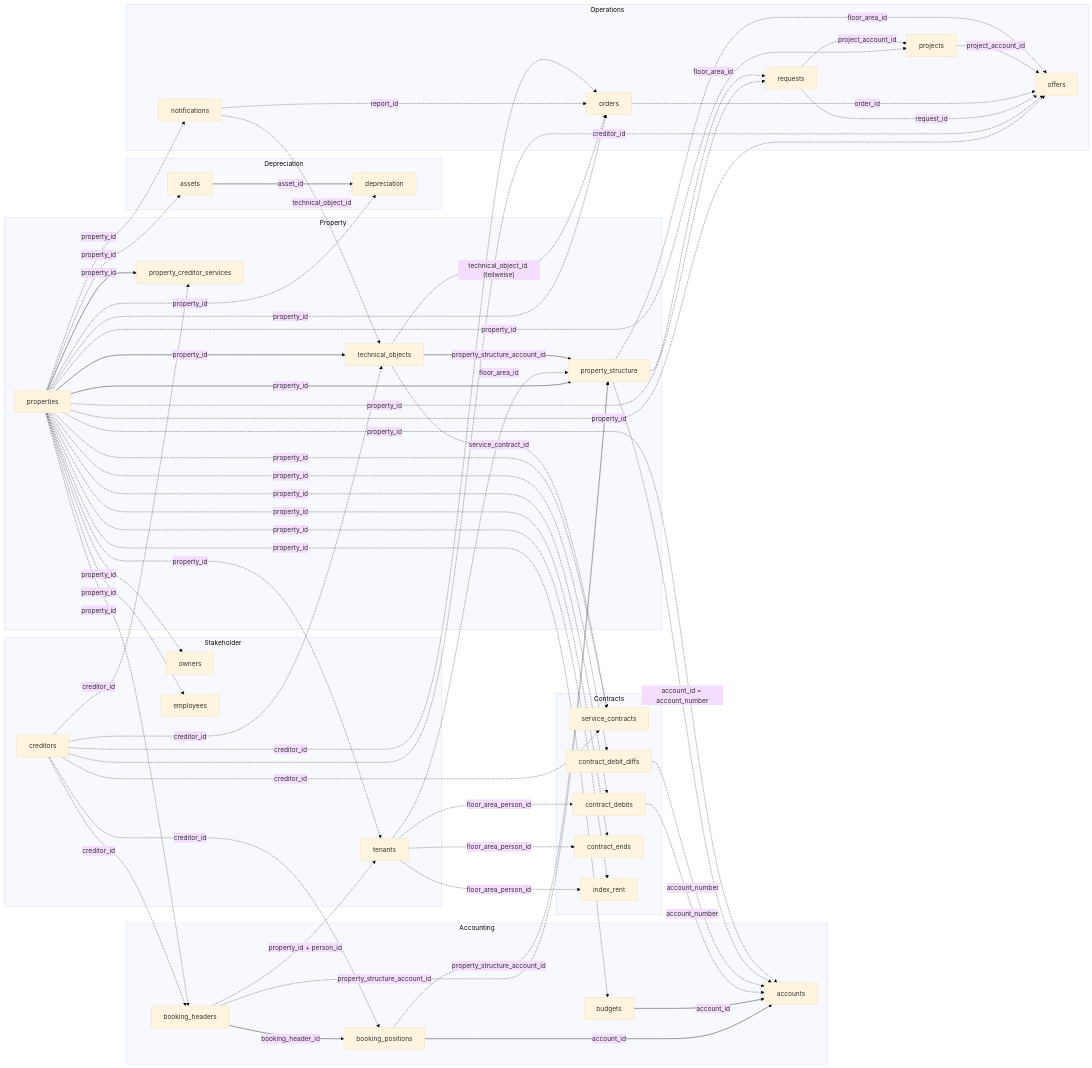
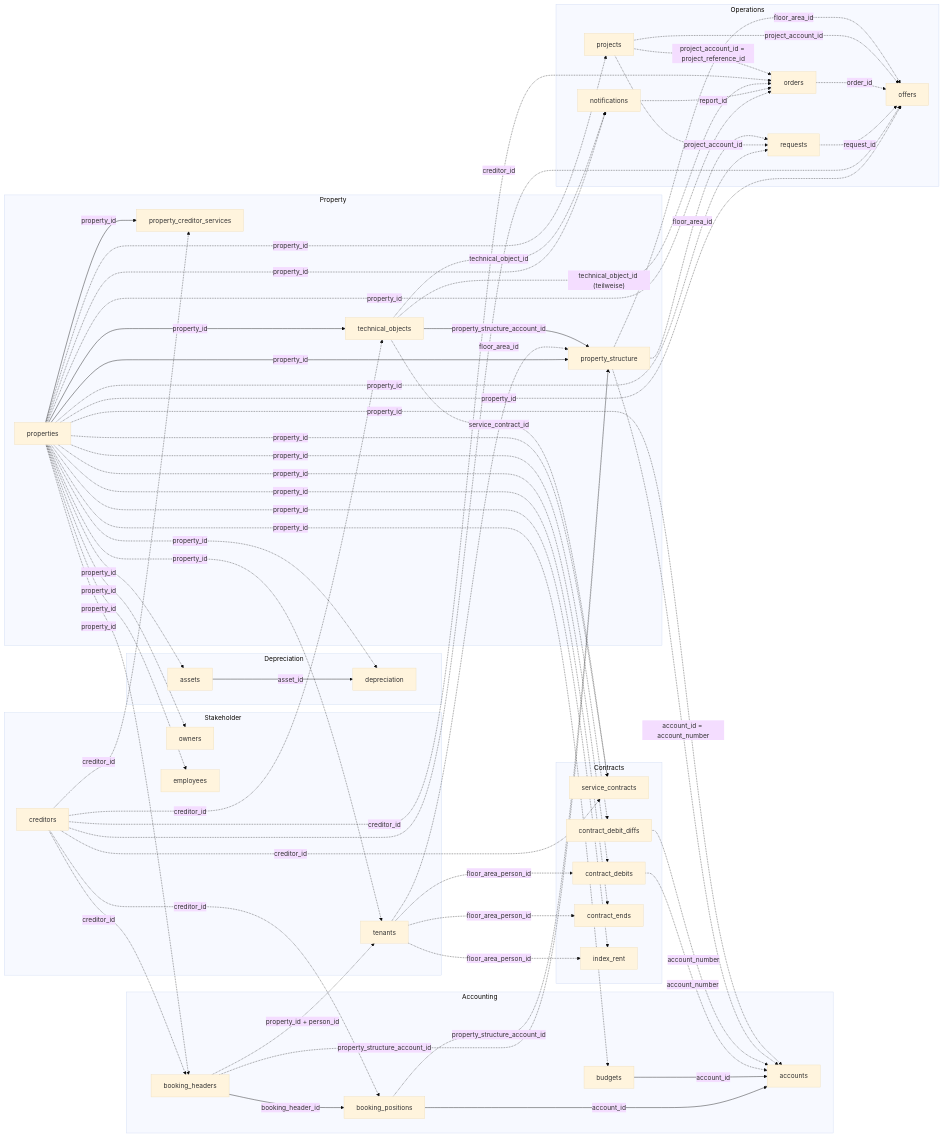
The diagram in de/v1/data-model/overview.mdx (Trassets-ai/api-docs), drawn with Mermaid (base theme) before and after one commit. The commit also changed other lines of this file and 5 other files, not shown here.

First line of the commit message:
docs(v1): orders.project_reference_id joint auf projects.project_account_id

````diff
--- a/de/v1/data-model/overview.mdx
+++ b/de/v1/data-model/overview.mdx
@@ -89,7 +89,7 @@
   properties -.->|property_id| notifications
   properties -.->|property_id| projects
   properties -.->|property_id| requests
-  requests -.->|project_account_id| projects
+  projects -.->|project_account_id| requests
   properties -->|property_id| technical_objects
   properties -->|property_id| property_creditor_services
   properties -->|property_id| property_structure
@@ -112,7 +112,7 @@
   contract_debit_diffs -.->|account_number| accounts
   property_structure -.->|account_id = account_number| accounts
   properties -.->|property_id| accounts
-  notifications -.->|technical_object_id| technical_objects
+  technical_objects -.->|technical_object_id| notifications
   technical_objects -.->|service_contract_id| service_contracts
   booking_header -.->|property_id + person_id| tenants
   tenants -.->|floor_area_person_id| contract_debits
@@ -138,6 +138,7 @@
   requests -.->|request_id| offers
   orders -.->|order_id| offers
   projects -.->|project_account_id| offers
+  projects -.->|"project_account_id = project_reference_id"| orders
   property_structure -.->|floor_area_id| requests
   property_structure -.->|floor_area_id| offers
 ```
````
